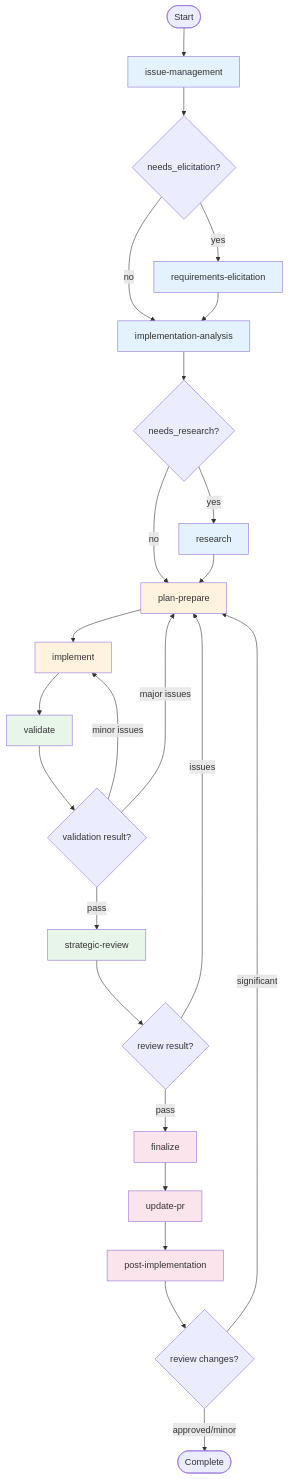
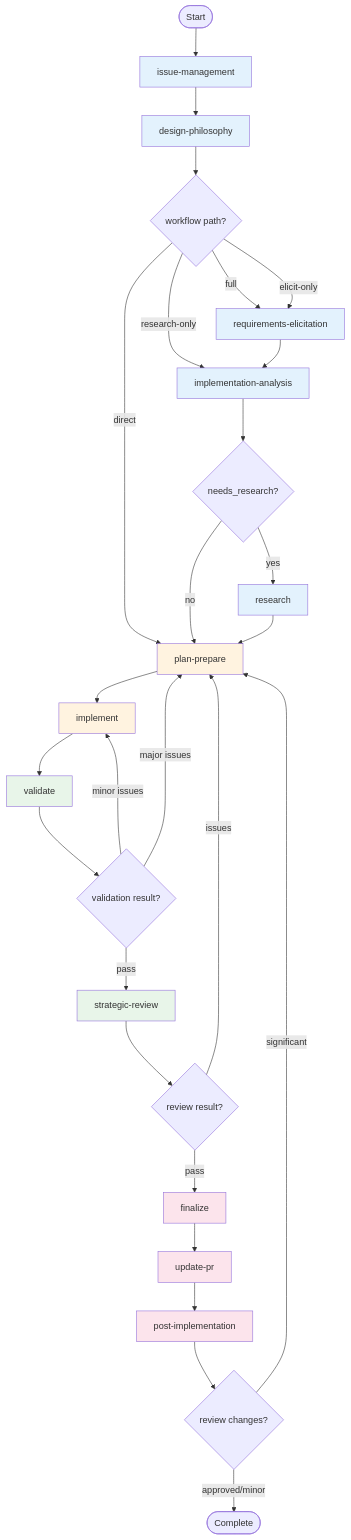
One commit to m2ux/workflow-server changed the first of 13 diagrams in work-package/README.md. Above: the diagram before and after it, drawn with Mermaid. The commit also changed other lines of this file and 12 other files, not shown here.

First line of the commit message:
feat: add Design Philosophy activity as early workflow gate

````diff
--- a/work-package/README.md
+++ b/work-package/README.md
@@ -28,45 +29,50 @@
 ```mermaid
 graph TD
     Start([Start]) --> IM[issue-management]
+    IM --> DP[design-philosophy]
     
-    IM --> RE{needs_elicitation?}
-    RE -->|yes| REL[requirements-elicitation]
-    RE -->|no| IA
+    DP --> PATH{workflow path?}
+    PATH -->|full| REL[requirements-elicitation]
+    PATH -->|elicit-only| REL
+    PATH -->|research-only| IA
+    PATH -->|direct| PP
+    
     REL --> IA[implementation-analysis]
     
     IA --> RES{needs_research?}
     RES -->|yes| RS[research]
     RES -->|no| PP
     RS --> PP[plan-prepare]
     
     PP --> IMP[implement]
     IMP --> VAL[validate]
     
     VAL --> VD{validation result?}
     VD -->|pass| SR[strategic-review]
     VD -->|minor issues| IMP
     VD -->|major issues| PP
     
     SR --> SRD{review result?}
     SRD -->|pass| FIN[finalize]
     SRD -->|issues| PP
     
     FIN --> UPR[update-pr]
     UPR --> PI[post-implementation]
     
     PI --> PID{review changes?}
     PID -->|significant| PP
     PID -->|approved/minor| Done([Complete])
     
     style IM fill:#e3f2fd
+    style DP fill:#e3f2fd
     style REL fill:#e3f2fd
     style IA fill:#e3f2fd
     style RS fill:#e3f2fd
     style PP fill:#fff3e0
     style IMP fill:#fff3e0
     style VAL fill:#e8f5e9
     style SR fill:#e8f5e9
     style FIN fill:#fce4ec
     style UPR fill:#fce4ec
     style PI fill:#fce4ec
 ```
````
